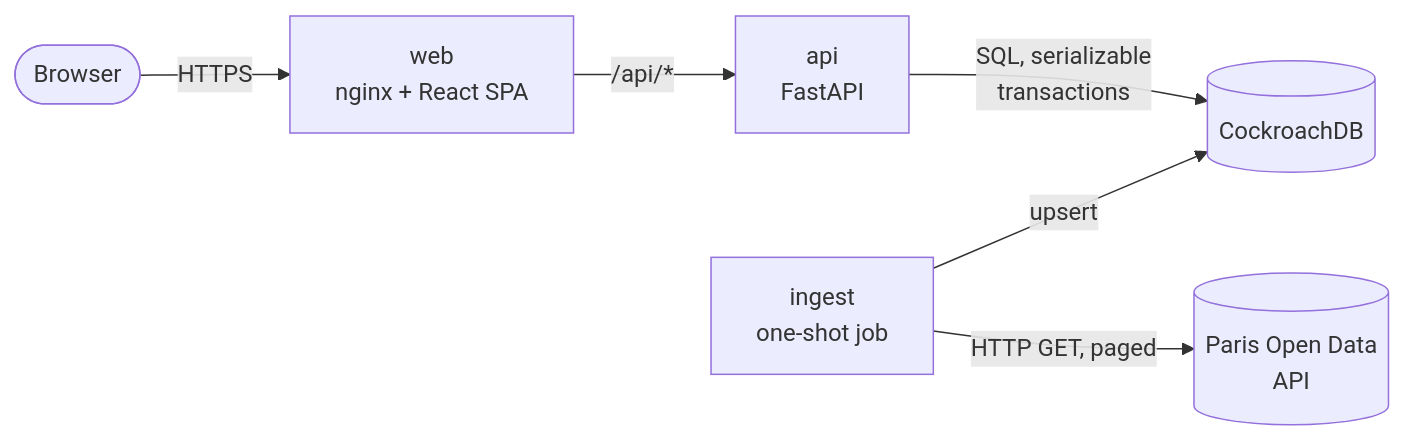
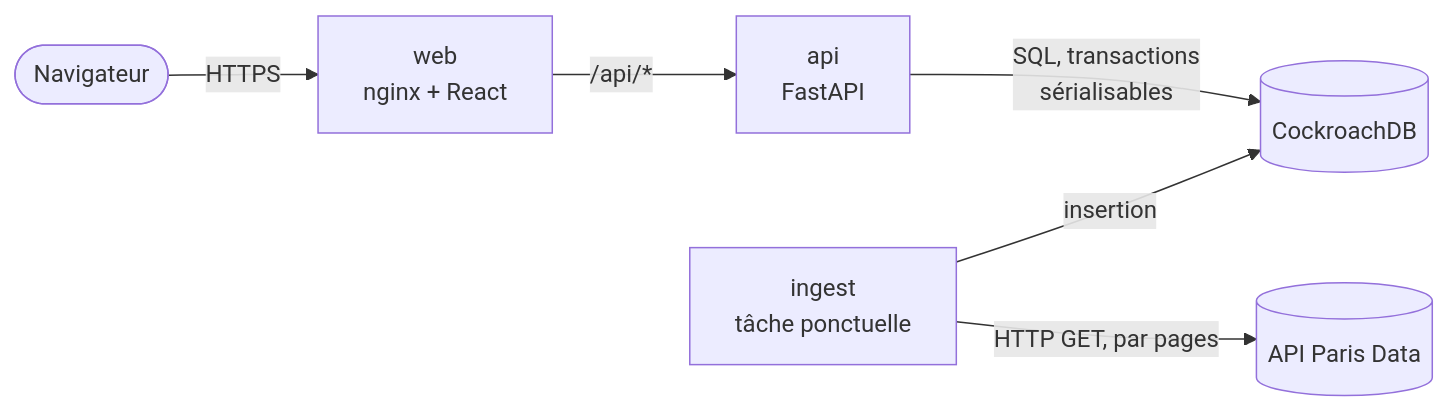
Before and after one commit to amin119/Technical-Assesment-SanteCall-IA: the first of 4 diagrams in docs/ARCHITECTURE.md, drawn with Mermaid. The commit also changed other lines of this file and 9 other files, not shown here.

````diff
--- a/docs/ARCHITECTURE.md
+++ b/docs/ARCHITECTURE.md
@@ -20,8 +20,8 @@
 ```mermaid
 flowchart LR
-    U([Browser]) -->|HTTPS| W[web<br/>nginx + React SPA]
+    U([Navigateur]) -->|HTTPS| W[web<br/>nginx + React]
     W -->|/api/*| A[api<br/>FastAPI]
-    A -->|SQL, serializable<br/>transactions| D[(CockroachDB)]
-    I[ingest<br/>one-shot job] -->|upsert| D
-    I -->|HTTP GET, paged| P[(Paris Open Data<br/>API)]
+    A -->|SQL, transactions<br/>sérialisables| D[(CockroachDB)]
+    I[ingest<br/>tâche ponctuelle] -->|insertion| D
+    I -->|HTTP GET, par pages| P[(API Paris Data)]
 ```
````
